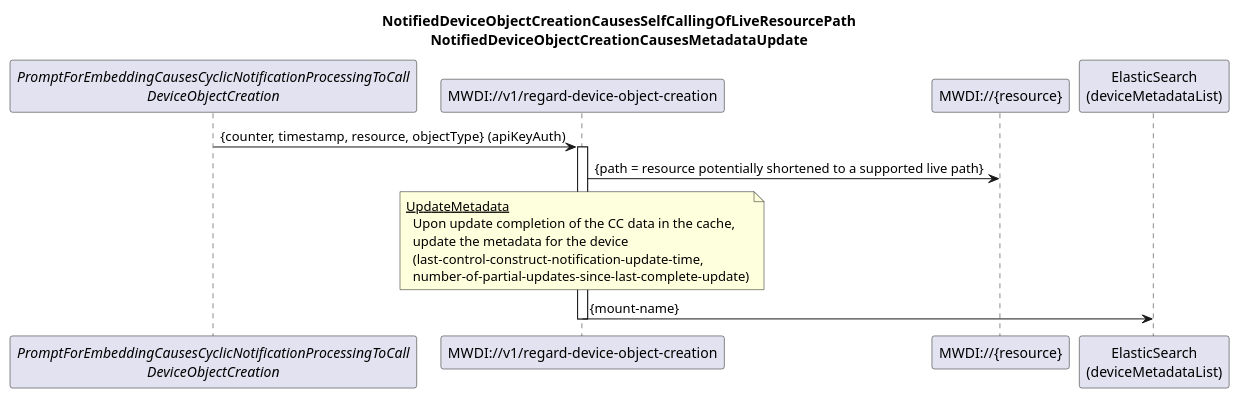
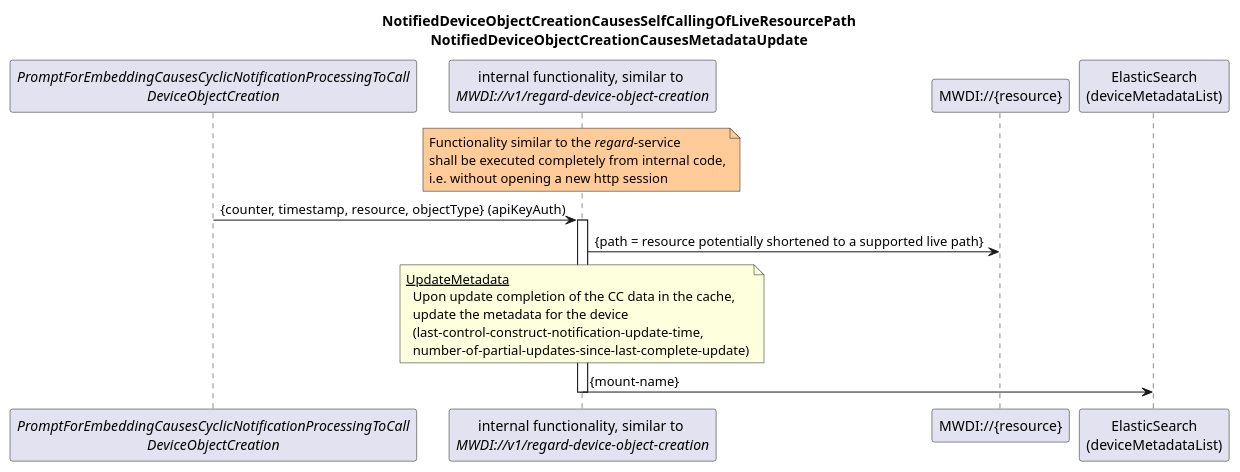
The diagram in spec/diagrams/024_NotificationBasedObjectCreation.plantuml (openBackhaul/MicroWaveDeviceInventory), drawn with PlantUML before and after one commit. The commit also changed 13 other files, not shown here.

Commit message:
fix diagrams

```diff
--- a/spec/diagrams/024_NotificationBasedObjectCreation.plantuml
+++ b/spec/diagrams/024_NotificationBasedObjectCreation.plantuml
@@ -1,29 +1,35 @@
 @startuml 024_NotificationBasedObjectCreation
 skinparam responseMessageBelowArrow true
 
 title 
   NotifiedDeviceObjectCreationCausesSelfCallingOfLiveResourcePath
   NotifiedDeviceObjectCreationCausesMetadataUpdate
 end title
 
 participant "<i>PromptForEmbeddingCausesCyclicNotificationProcessingToCall</i>\n<i>DeviceObjectCreation</i>" as init
-participant "MWDI://v1/regard-device-object-creation" as regardObjectCreation
+participant "internal functionality, similar to \n<i>MWDI://v1/regard-device-object-creation</i>" as regardObjectCreation
 participant "MWDI://{resource}" as odlCreatedObject
 participant "ElasticSearch\n(deviceMetadataList)" as es
+
+note over regardObjectCreation #ffcc99
+  Functionality similar to the <i>regard</i>-service
+  shall be executed completely from internal code,
+  i.e. without opening a new http session
+end note
 
 init -> regardObjectCreation: {counter, timestamp, resource, objectType} (apiKeyAuth)
 activate regardObjectCreation
 
 regardObjectCreation -> odlCreatedObject: {path = resource potentially shortened to a supported live path}
 
 note over regardObjectCreation
   <u>UpdateMetadata</u>
     Upon update completion of the CC data in the cache,
     update the metadata for the device
     (last-control-construct-notification-update-time,
     number-of-partial-updates-since-last-complete-update)
 end note
 regardObjectCreation -> es: {mount-name}
 
 deactivate regardObjectCreation
 @enduml
```
